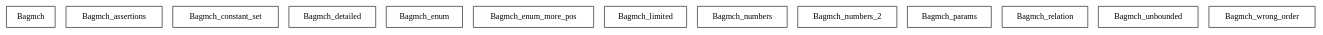
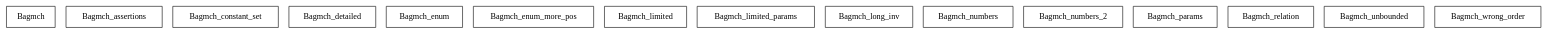
The diagram in Test_scenarios/bdp/Test_scenarios.dot (agata-borkowska-clark/dissertation), drawn with Graphviz before and after one commit. The commit also changed 99 other files, not shown here.

```diff
--- a/Test_scenarios/bdp/Test_scenarios.dot
+++ b/Test_scenarios/bdp/Test_scenarios.dot
@@ -1,16 +1,18 @@
 digraph {
 Bagmch [ label=" Bagmch " shape= box ]
 Bagmch_assertions [ label=" Bagmch_assertions " shape= box ]
 Bagmch_constant_set [ label=" Bagmch_constant_set " shape= box ]
 Bagmch_detailed [ label=" Bagmch_detailed " shape= box ]
 Bagmch_enum [ label=" Bagmch_enum " shape= box ]
 Bagmch_enum_more_pos [ label=" Bagmch_enum_more_pos " shape= box ]
 Bagmch_limited [ label=" Bagmch_limited " shape= box ]
+Bagmch_limited_params [ label=" Bagmch_limited_params " shape= box ]
+Bagmch_long_inv [ label=" Bagmch_long_inv " shape= box ]
 Bagmch_numbers [ label=" Bagmch_numbers " shape= box ]
 Bagmch_numbers_2 [ label=" Bagmch_numbers_2 " shape= box ]
 Bagmch_params [ label=" Bagmch_params " shape= box ]
 Bagmch_relation [ label=" Bagmch_relation " shape= box ]
 Bagmch_unbounded [ label=" Bagmch_unbounded " shape= box ]
 Bagmch_wrong_order [ label=" Bagmch_wrong_order " shape= box ]
 
 }
```
